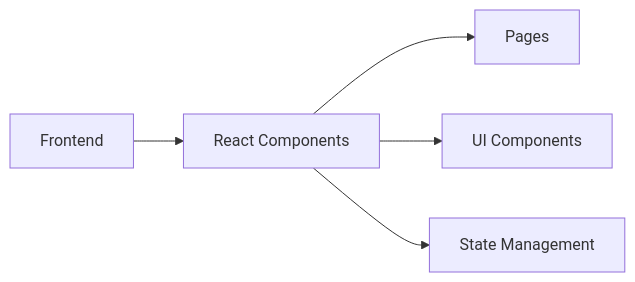
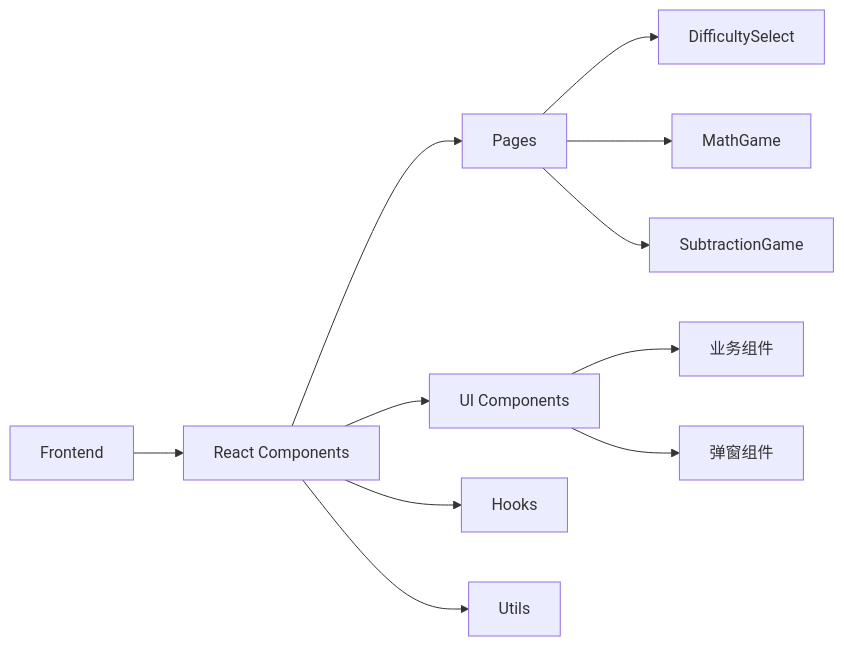
One commit to boryleeya/math-game changed the diagram in .trae/documents/technical-architecture.md. Above: the diagram before and after it, drawn with Mermaid. The commit also changed other lines of this file and 2 other files, not shown here.

````diff
--- a/.trae/documents/technical-architecture.md
+++ b/.trae/documents/technical-architecture.md
@@ -2,7 +2,13 @@
 ```mermaid
 flowchart LR
     A[Frontend] --> B[React Components]
     B --> C[Pages]
     B --> D[UI Components]
-    B --> E[State Management]
+    B --> E[Hooks]
+    B --> F[Utils]
+    C --> G[DifficultySelect]
+    C --> H[MathGame]
+    C --> I[SubtractionGame]
+    D --> J[业务组件]
+    D --> K[弹窗组件]
 ```
````
